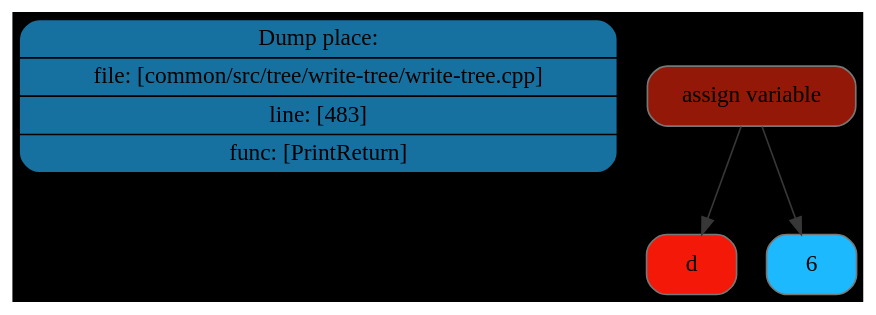
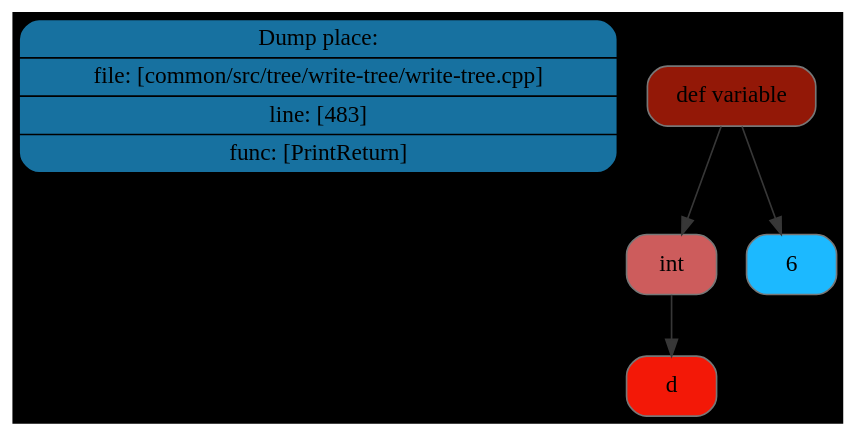
The diagram in dot/node/dot/node3.dot (Maksim-Sebelev/Language), drawn with Graphviz before and after one commit. The commit also changed 50 other files, not shown here.

```diff
--- a/dot/node/dot/node3.dot
+++ b/dot/node/dot/node3.dot
@@ -1,11 +1,13 @@
 digraph G{
 rankdir=TB
 graph [bgcolor="#000000"];
 place[shape=Mrecord, style=filled, fillcolor="#1771a0", pos="0,1!",label = " { Dump place: | file: [common/src/tree/write-tree/write-tree.cpp] | line: [483] | func: [PrintReturn] } "color = "#000000"];
-node0x507000000f00[shape=Mrecord, style=filled, fillcolor="#931807"label = "assign variable", color = "#777777"];
-node0x507000000e20[shape=Mrecord, style=filled, fillcolor="#f31807"label = "d", color = "#777777"];
-node0x507000000e90[shape=Mrecord, style=filled, fillcolor="#1cb9ff"label = "6", color = "#777777"];
+node0x507000000f70[shape=Mrecord, style=filled, fillcolor="#931807"label = "def variable", color = "#777777"];
+node0x507000000e20[shape=Mrecord, style=filled, fillcolor="#CD5C5C"label = "int", color = "#777777"];
+node0x507000000e90[shape=Mrecord, style=filled, fillcolor="#f31807"label = "d", color = "#777777"];
+node0x507000000f00[shape=Mrecord, style=filled, fillcolor="#1cb9ff"label = "6", color = "#777777"];
 edge[color="#373737"];
-node0x507000000f00->node0x507000000e20;
-node0x507000000f00->node0x507000000e90;
+node0x507000000f70->node0x507000000e20;
+node0x507000000e20->node0x507000000e90;
+node0x507000000f70->node0x507000000f00;
 }
```
